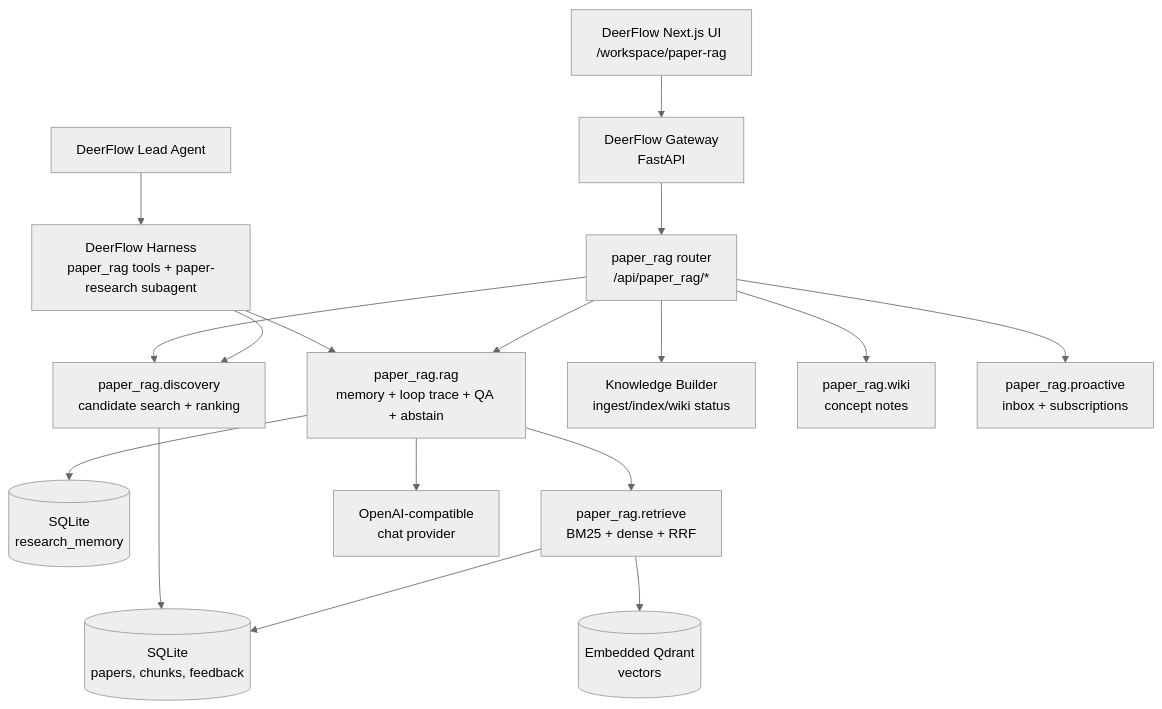
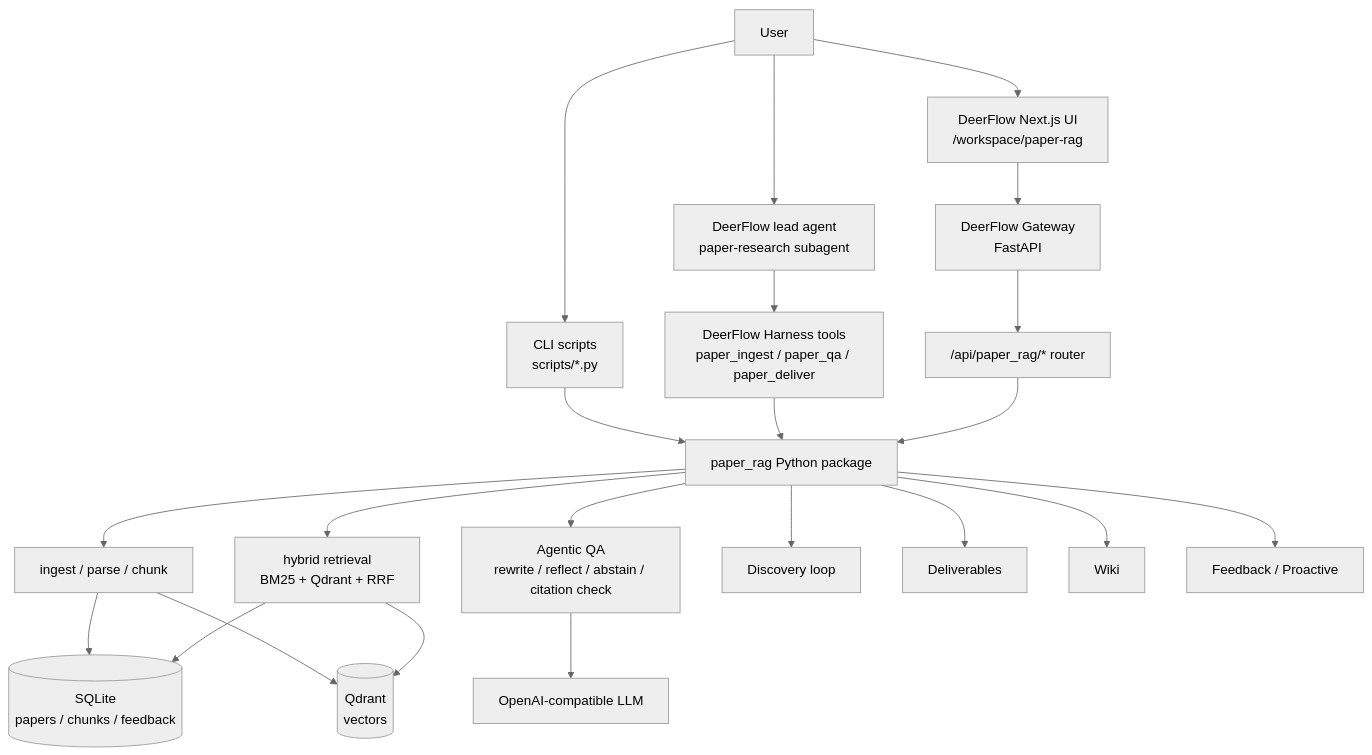
The diagram in README.md (vve11/agentic_rag), drawn with Mermaid (neutral theme) before and after one commit. The commit also changed other lines of this file and 1 other file, not shown here.

Commit message:
Rewrite bilingual README documentation

````diff
--- a/README.md
+++ b/README.md
@@ -363,19 +44,27 @@
 ```mermaid
 flowchart TB
-    FE["DeerFlow Next.js UI<br/>/workspace/paper-rag"] --> GW["DeerFlow Gateway<br/>FastAPI"]
-    GW --> API["paper_rag router<br/>/api/paper_rag/*"]
-    LA["DeerFlow Lead Agent"] --> HAR["DeerFlow Harness<br/>paper_rag tools + paper-research subagent"]
-    HAR --> QA
-    API --> DISC["paper_rag.discovery<br/>candidate search + ranking"]
-    DISC --> SQL
-    HAR --> DISC
-    API --> QA["paper_rag.rag<br/>memory + loop trace + QA + abstain"]
-    QA --> MEM[("SQLite<br/>research_memory")]
-    QA --> RET["paper_rag.retrieve<br/>BM25 + dense + RRF"]
-    RET --> SQL[("SQLite<br/>papers, chunks, feedback")]
-    RET --> QDR[("Embedded Qdrant<br/>vectors")]
-    API --> KB["Knowledge Builder<br/>ingest/index/wiki status"]
-    API --> WIKI["paper_rag.wiki<br/>concept notes"]
-    API --> PRO["paper_rag.proactive<br/>inbox + subscriptions"]
-    QA --> LLM["OpenAI-compatible<br/>chat provider"]
+    U["User"] --> FE["DeerFlow Next.js UI<br/>/workspace/paper-rag"]
+    U --> CLI["CLI scripts<br/>scripts/*.py"]
+    U --> AGENT["DeerFlow lead agent<br/>paper-research subagent"]
+
+    FE --> GW["DeerFlow Gateway<br/>FastAPI"]
+    AGENT --> HARNESS["DeerFlow Harness tools<br/>paper_ingest / paper_qa / paper_deliver"]
+    CLI --> PKG["paper_rag Python package"]
+    GW --> ROUTER["/api/paper_rag/* router"]
+    HARNESS --> PKG
+    ROUTER --> PKG
+
+    PKG --> INGEST["ingest / parse / chunk"]
+    PKG --> RET["hybrid retrieval<br/>BM25 + Qdrant + RRF"]
+    PKG --> QA["Agentic QA<br/>rewrite / reflect / abstain / citation check"]
+    PKG --> DISC["Discovery loop"]
+    PKG --> DELIVER["Deliverables"]
+    PKG --> WIKI["Wiki"]
+    PKG --> PRO["Feedback / Proactive"]
+
+    INGEST --> SQL[("SQLite<br/>papers / chunks / feedback")]
+    INGEST --> QDR[("Qdrant<br/>vectors")]
+    RET --> SQL
+    RET --> QDR
+    QA --> LLM["OpenAI-compatible LLM"]
 ```
````
